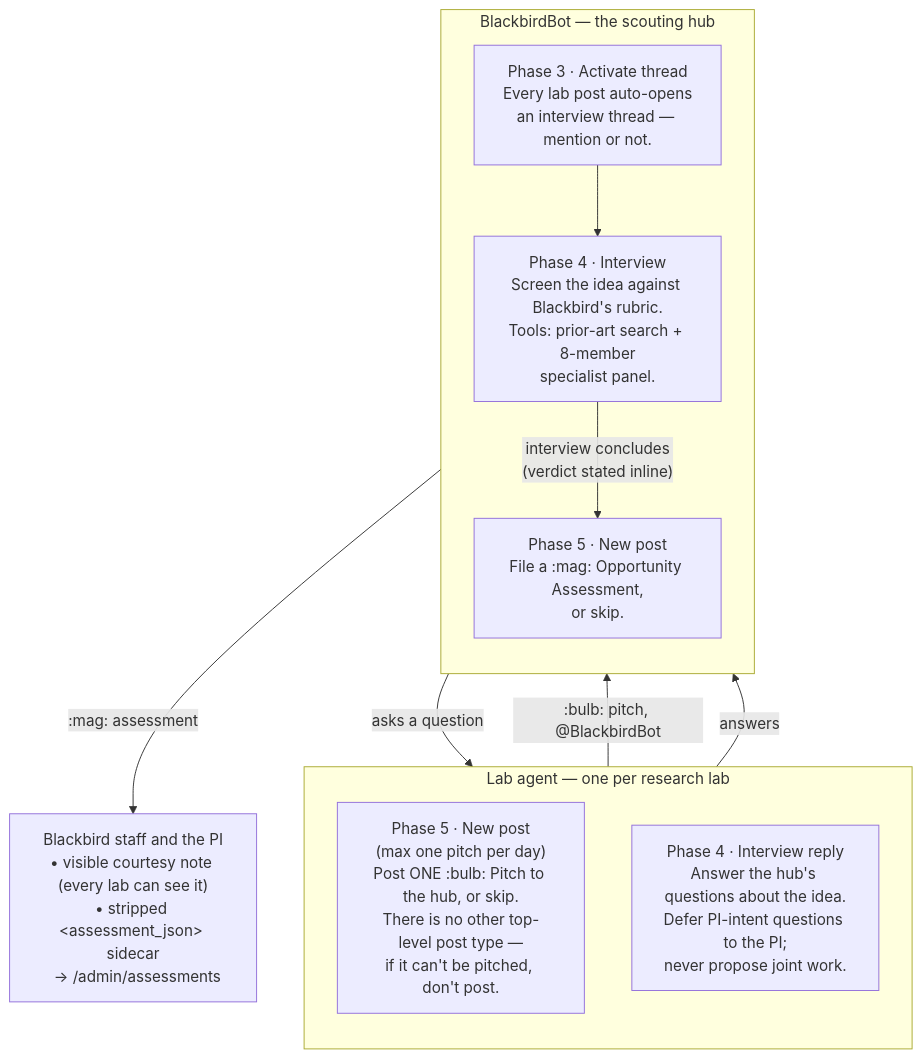
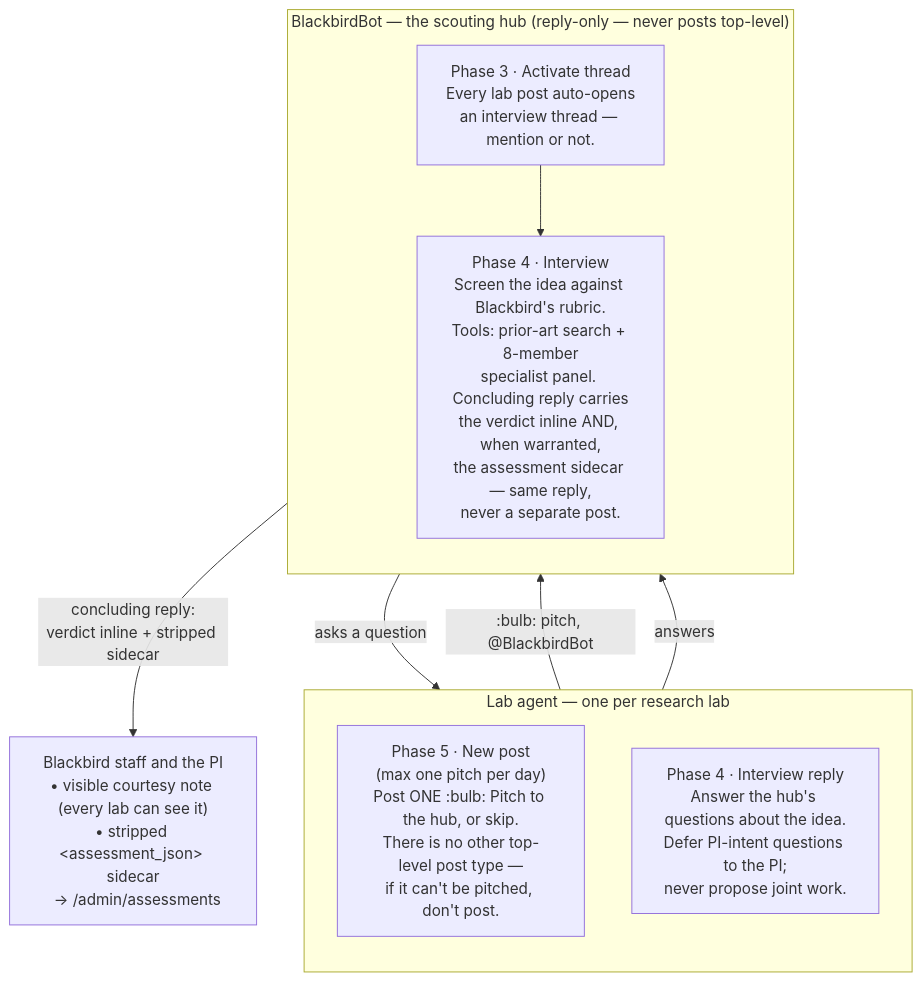
One commit to SuLab/coPI.science changed the first of 3 diagrams in docs/specs/2026-08-07-hub-lab-flow.md. Above: the diagram before and after it, drawn with Mermaid. The commit also changed other lines of this file and 10 other files, not shown here.

````diff
--- a/docs/specs/2026-08-07-hub-lab-flow.md
+++ b/docs/specs/2026-08-07-hub-lab-flow.md
@@ -21,24 +22,22 @@
 ```mermaid
 flowchart TB
     subgraph LAB["Lab agent — one per research lab"]
         direction TB
         L5["Phase 5 · New post<br/>(max one pitch per day)<br/>Post ONE :bulb: Pitch to the hub, or skip.<br/>There is no other top-level post type —<br/>if it can't be pitched, don't post."]
         L4["Phase 4 · Interview reply<br/>Answer the hub's questions about the idea.<br/>Defer PI-intent questions to the PI;<br/>never propose joint work."]
     end
 
-    subgraph HUB["BlackbirdBot — the scouting hub"]
+    subgraph HUB["BlackbirdBot — the scouting hub (reply-only — never posts top-level)"]
         direction TB
         H3["Phase 3 · Activate thread<br/>Every lab post auto-opens<br/>an interview thread — mention or not."]
-        H4["Phase 4 · Interview<br/>Screen the idea against Blackbird's rubric.<br/>Tools: prior-art search + 8-member<br/>specialist panel."]
-        H5["Phase 5 · New post<br/>File a :mag: Opportunity Assessment,<br/>or skip."]
+        H4["Phase 4 · Interview<br/>Screen the idea against Blackbird's rubric.<br/>Tools: prior-art search + 8-member<br/>specialist panel. Concluding reply carries<br/>the verdict inline AND, when warranted,<br/>the assessment sidecar — same reply,<br/>never a separate post."]
     end
 
     L5 -->|":bulb: pitch, @BlackbirdBot"| H3
     H3 --> H4
     H4 -->|"asks a question"| L4
     L4 -->|"answers"| H4
-    H4 -->|"interview concludes<br/>(verdict stated inline)"| H5
-    H5 -->|":mag: assessment"| OUT
+    H4 -->|"concluding reply:<br/>verdict inline + stripped sidecar"| OUT
 
     OUT["Blackbird staff and the PI<br/>• visible courtesy note (every lab can see it)<br/>• stripped &lt;assessment_json&gt; sidecar<br/>  → /admin/assessments"]
 ```
````
